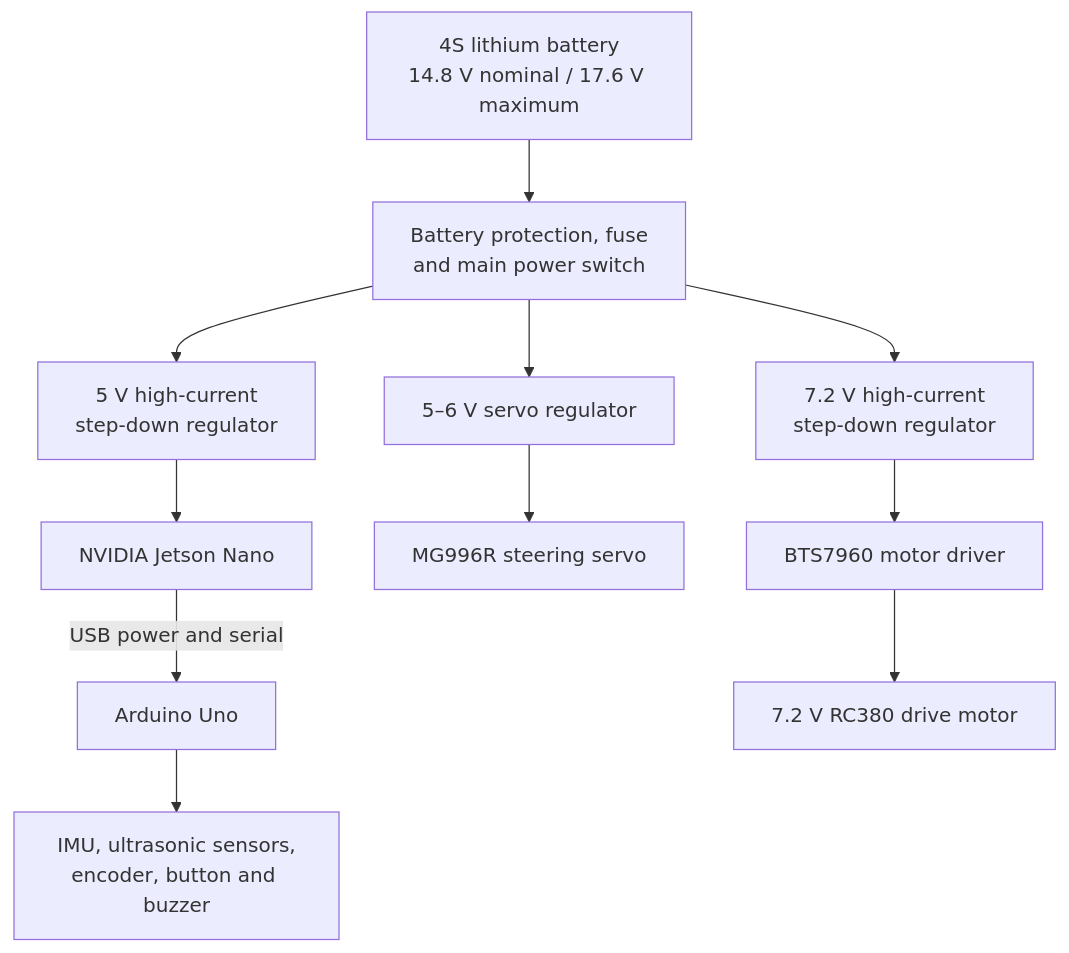
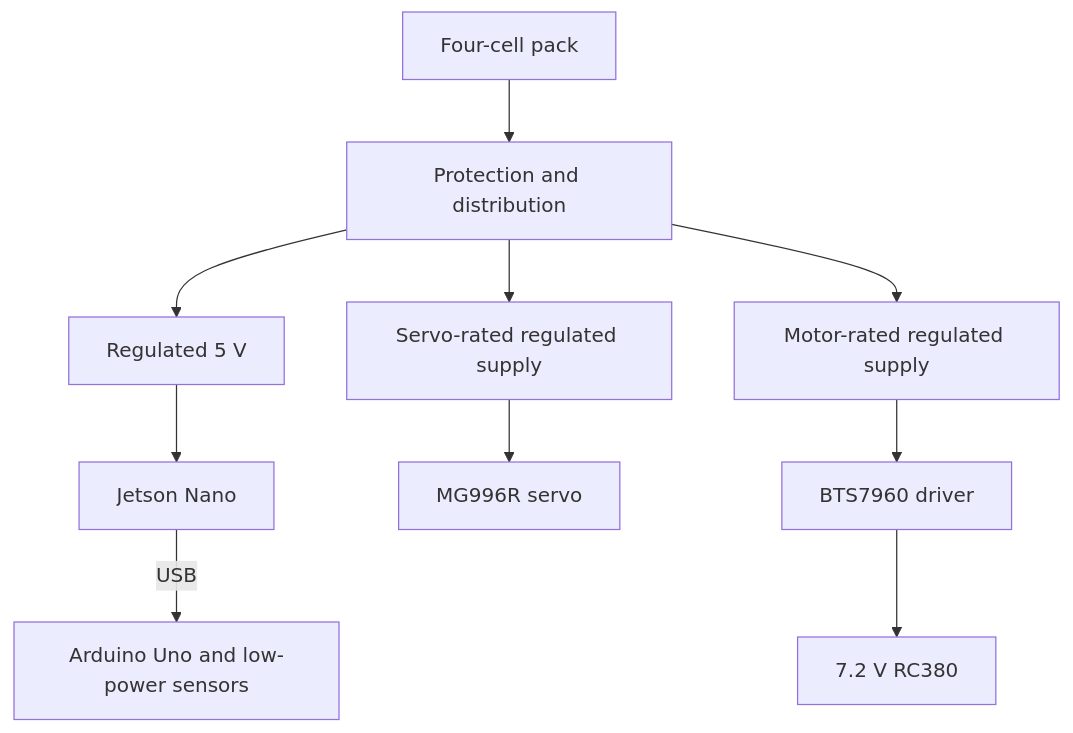
Before and after one commit to Abdulaziz-nasser/IRD-MAX: the diagram in hardware/power/README.md, drawn with Mermaid. The commit also changed other lines of this file and 22 other files, not shown here.

Commit message:
Add calibration tools and document Nano/Uno setup

````diff
--- a/hardware/power/README.md
+++ b/hardware/power/README.md
@@ -22,14 +23,12 @@
 ```mermaid
 flowchart TD
-    B["4S lithium battery<br/>14.8 V nominal / 17.6 V maximum"]
-    B --> P["Battery protection, fuse<br/>and main power switch"]
-    P --> J["5 V high-current<br/>step-down regulator"]
-    J --> N["NVIDIA Jetson Nano"]
-    N -->|"USB power and serial"| A["Arduino Uno"]
-    A --> S["IMU, ultrasonic sensors,<br/>encoder, button and buzzer"]
-    P --> V["5–6 V servo regulator"]
-    V --> G["MG996R steering servo"]
-    P --> M["7.2 V high-current<br/>step-down regulator"]
-    M --> D["BTS7960 motor driver"]
-    D --> R["7.2 V RC380 drive motor"]
+    PACK["Four-cell pack"] --> PROTECT["Protection and distribution"]
+    PROTECT --> LOGIC["Regulated 5 V"]
+    PROTECT --> SERVO["Servo-rated regulated supply"]
+    PROTECT --> MOTOR["Motor-rated regulated supply"]
+    LOGIC --> NANO["Jetson Nano"]
+    NANO -->|USB| UNO["Arduino Uno and low-power sensors"]
+    SERVO --> STEER["MG996R servo"]
+    MOTOR --> DRIVER["BTS7960 driver"]
+    DRIVER --> RC380["7.2 V RC380"]
 ```
````
